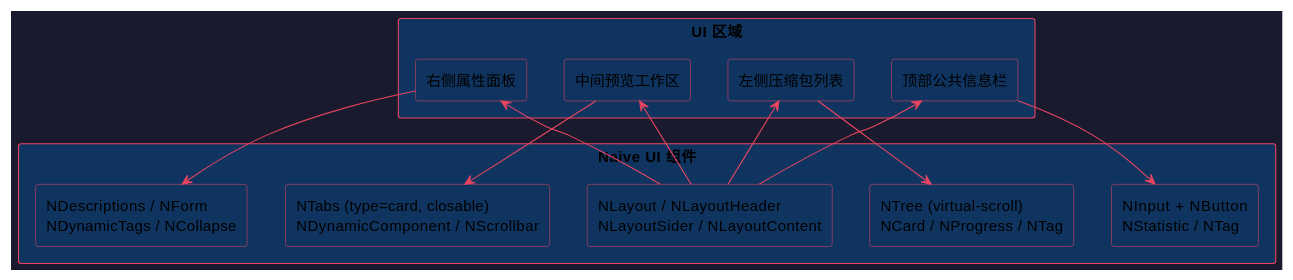
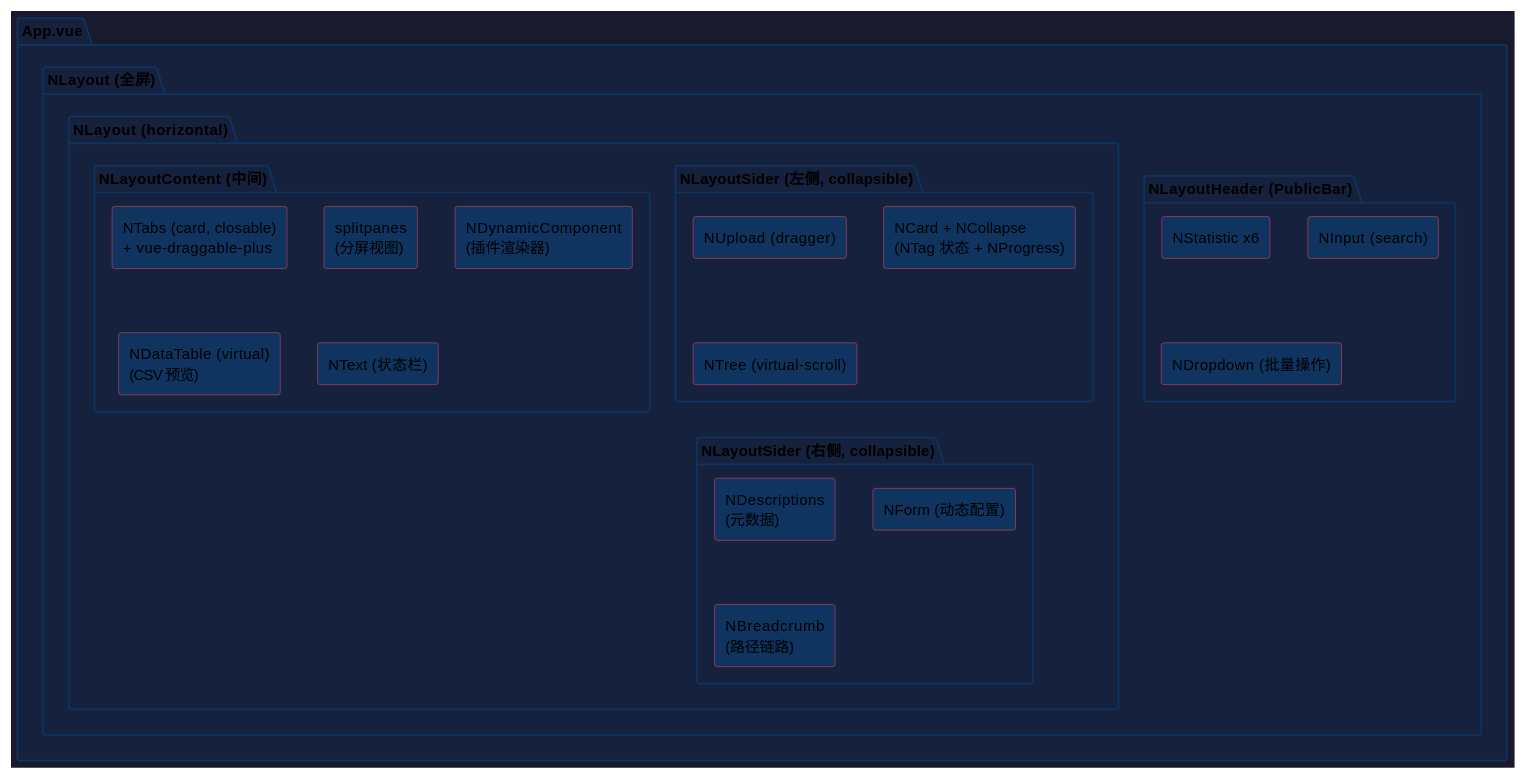
Before and after one commit to taoweidong/Hello-Tauri: the second of 20 diagrams in docs/superpowers/specs/2026-06-26-system-architecture-design.md, drawn with PlantUML. The commit also changed other lines of this file, not shown here.

Commit message:
docs: restructure into frontend/backend design, add page layout and component mapping

````diff
--- a/docs/superpowers/specs/2026-06-26-system-architecture-design.md
+++ b/docs/superpowers/specs/2026-06-26-system-architecture-design.md
@@ -184,33 +129,43 @@
 ```plantuml
 @startuml
 skinparam backgroundColor #1a1a2e
 skinparam defaultTextColor #e0e0e0
 skinparam rectangleBackgroundColor #0f3460
 skinparam rectangleBorderColor #e94560
 skinparam arrowColor #e94560
+skinparam packageBackgroundColor #16213e
+skinparam packageBorderColor #0f3460
 
-rectangle "UI 区域" {
-  rectangle "顶部公共信息栏" as bar
-  rectangle "左侧压缩包列表" as left
-  rectangle "中间预览工作区" as center
-  rectangle "右侧属性面板" as right
+package "App.vue" {
+  package "NLayout (全屏)" {
+    package "NLayoutHeader (PublicBar)" {
+      rectangle "NStatistic x6" as stat
+      rectangle "NInput (search)" as search
+      rectangle "NDropdown (批量操作)" as batch
+    }
+
+    package "NLayout (horizontal)" {
+      package "NLayoutSider (左侧, collapsible)" {
+        rectangle "NUpload (dragger)" as upload
+        rectangle "NCard + NCollapse\n(NTag 状态 + NProgress)" as cards
+        rectangle "NTree (virtual-scroll)" as tree
+      }
+
+      package "NLayoutContent (中间)" {
+        rectangle "NTabs (card, closable)\n+ vue-draggable-plus" as tabs
+        rectangle "splitpanes\n(分屏视图)" as split
+        rectangle "NDynamicComponent\n(插件渲染器)" as dyn
+        rectangle "NDataTable (virtual)\n(CSV 预览)" as table
+        rectangle "NText (状态栏)" as statusbar
+      }
+
+      package "NLayoutSider (右侧, collapsible)" {
+        rectangle "NDescriptions\n(元数据)" as desc
+        rectangle "NForm (动态配置)" as form
+        rectangle "NBreadcrumb\n(路径链路)" as bread
+      }
+    }
+  }
 }
-
-rectangle "Naive UI 组件" {
-  rectangle "NLayout / NLayoutHeader\nNLayoutSider / NLayoutContent" as layout
-  rectangle "NInput + NButton\nNStatistic / NTag" as pub
-  rectangle "NTree (virtual-scroll)\nNCard / NProgress / NTag" as tree
-  rectangle "NTabs (type=card, closable)\nNDynamicComponent / NScrollbar" as tab
-  rectangle "NDescriptions / NForm\nNDynamicTags / NCollapse" as prop
-}
-
-bar --> pub
-left --> tree
-center --> tab
-right --> prop
-layout --> bar
-layout --> left
-layout --> center
-layout --> right
 @enduml
 ```
````
